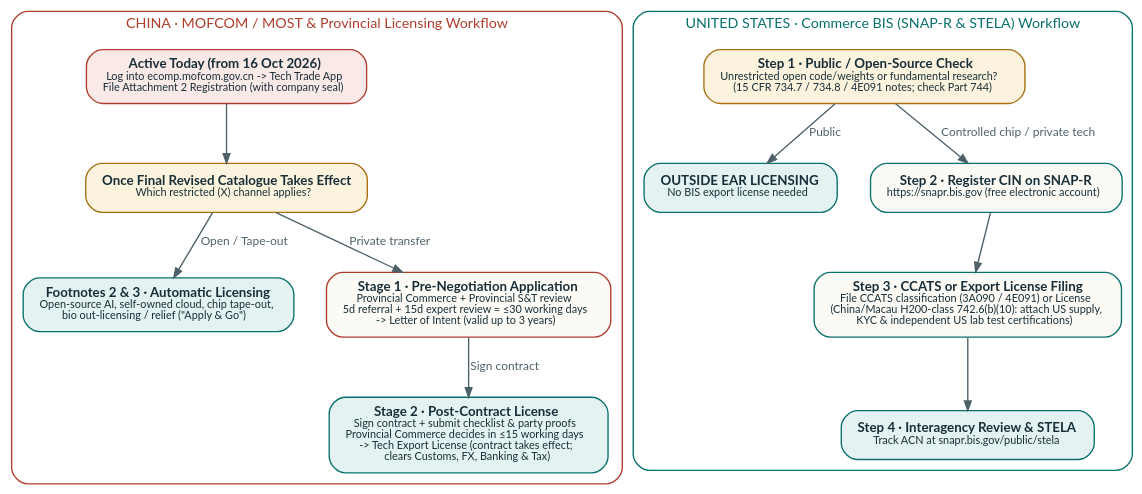
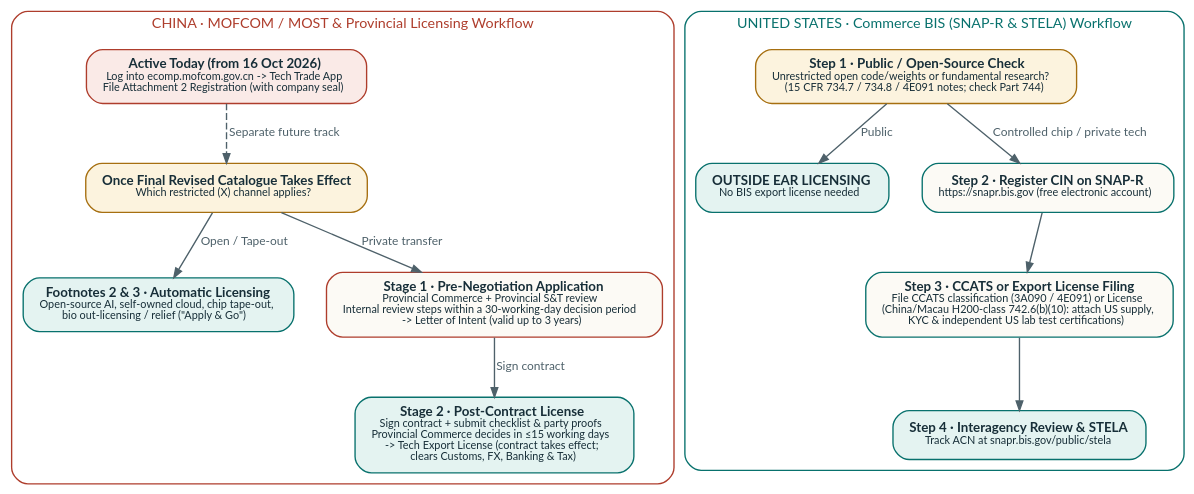
One commit to insanai/aiexportcontrols changed the diagram in book/comparison.rst. Above: the diagram before and after it, drawn with Graphviz. The commit also changed other lines of this file and 104 other files, not shown here.

```diff
--- a/book/comparison.rst
+++ b/book/comparison.rst
@@ -45,61 +45,61 @@
 .. graphviz::
    :class: graphviz-adaptive
    :caption: Official government registration and export-licensing workflows in China (MOFCOM/MOST + Provincial Authorities) and the United States (BIS SNAP-R & STELA).
    :name: fig-flowchart-approval
 
    digraph gov_approval {
      graph [rankdir=TB, bgcolor="transparent", pad="0.24", nodesep="0.34", ranksep="0.46",
             fontname="Lato, Noto Serif CJK SC, Noto Serif CJK JP, Noto Serif CJK KR, Noto Serif Devanagari, sans-serif"];
      node [shape=box, style="rounded,filled", fillcolor="#fcfaf5", color="#08716d",
            fontname="Lato, Noto Serif CJK SC, Noto Serif CJK JP, Noto Serif CJK KR, Noto Serif Devanagari, sans-serif",
            fontcolor="#172e38", fontsize=9.8, margin="0.16,0.10"];
      edge [color="#4e616a", fontname="Lato, Noto Serif CJK SC, Noto Serif CJK JP, Noto Serif CJK KR, Noto Serif Devanagari, sans-serif",
            fontcolor="#4e616a", fontsize=8.8, arrowsize=0.7];
 
      subgraph cluster_cn {
        label="CHINA · MOFCOM / MOST & Provincial Licensing Workflow";
        fontsize=10.5;
        fontcolor="#ae3d2c";
        style="rounded";
        color="#ae3d2c";
 
        cn0 [class="gd-input", fillcolor="#faeae7", color="#ae3d2c",
             label=<<B>Active Today (from 16 Oct 2026)</B><BR/><FONT POINT-SIZE="8.5">Log into ecomp.mofcom.gov.cn -&gt; Tech Trade App<BR/>File Attachment 2 Registration (with company seal)</FONT>>];
        cn_route [class="gd-choice", fillcolor="#fcf3de", color="#a66f10",
                  label=<<B>Once Final Revised Catalogue Takes Effect</B><BR/><FONT POINT-SIZE="8.5">Which restricted (X) channel applies?</FONT>>];
        cn_fast [class="gd-output", fillcolor="#e4f3f1", color="#08716d",
                 label=<<B>Footnotes 2 &amp; 3 · Automatic Licensing</B><BR/><FONT POINT-SIZE="8.5">Open-source AI, self-owned cloud, chip tape-out,<BR/>bio out-licensing / relief (&quot;Apply &amp; Go&quot;)</FONT>>];
        cn_s1 [class="gd-input", fillcolor="#fcfaf5", color="#ae3d2c",
-              label=<<B>Stage 1 · Pre-Negotiation Application</B><BR/><FONT POINT-SIZE="8.5">Provincial Commerce + Provincial S&amp;T review<BR/>5d referral + 15d expert review = &le;30 working days<BR/>-&gt; Letter of Intent (valid up to 3 years)</FONT>>];
+              label=<<B>Stage 1 · Pre-Negotiation Application</B><BR/><FONT POINT-SIZE="8.5">Provincial Commerce + Provincial S&amp;T review<BR/>Internal review steps within a 30-working-day decision period<BR/>-&gt; Letter of Intent (valid up to 3 years)</FONT>>];
        cn_s2 [class="gd-output", fillcolor="#e4f3f1", color="#08716d",
               label=<<B>Stage 2 · Post-Contract License</B><BR/><FONT POINT-SIZE="8.5">Sign contract + submit checklist &amp; party proofs<BR/>Provincial Commerce decides in &le;15 working days<BR/>-&gt; Tech Export License (contract takes effect;<BR/>clears Customs, FX, Banking &amp; Tax)</FONT>>];
 
-       cn0 -> cn_route;
+       cn0 -> cn_route [style=dashed, label=" Separate future track"];
        cn_route -> cn_fast [label=" Open / Tape-out"];
        cn_route -> cn_s1 [label=" Private transfer"];
        cn_s1 -> cn_s2 [label=" Sign contract"];
      }
 
      subgraph cluster_us {
        label="UNITED STATES · Commerce BIS (SNAP-R & STELA) Workflow";
        fontsize=10.5;
        fontcolor="#08716d";
        style="rounded";
        color="#08716d";
 
        us1 [class="gd-choice", fillcolor="#fcf3de", color="#a66f10",
             label=<<B>Step 1 · Public / Open-Source Check</B><BR/><FONT POINT-SIZE="8.5">Unrestricted open code/weights or fundamental research?<BR/>(15 CFR 734.7 / 734.8 / 4E091 notes; check Part 744)</FONT>>];
        us_free [class="gd-output", fillcolor="#e4f3f1", color="#08716d",
                 label=<<B>OUTSIDE EAR LICENSING</B><BR/><FONT POINT-SIZE="8.5">No BIS export license needed</FONT>>];
        us2 [class="gd-input", fillcolor="#fcfaf5", color="#08716d",
             label=<<B>Step 2 · Register CIN on SNAP-R</B><BR/><FONT POINT-SIZE="8.5">https://snapr.bis.gov (free electronic account)</FONT>>];
        us3 [class="gd-input", fillcolor="#fcfaf5", color="#08716d",
             label=<<B>Step 3 · CCATS or Export License Filing</B><BR/><FONT POINT-SIZE="8.5">File CCATS classification (3A090 / 4E091) or License<BR/>(China/Macau H200-class 742.6(b)(10): attach US supply,<BR/>KYC &amp; independent US lab test certifications)</FONT>>];
        us4 [class="gd-output", fillcolor="#e4f3f1", color="#08716d",
             label=<<B>Step 4 · Interagency Review &amp; STELA</B><BR/><FONT POINT-SIZE="8.5">Track ACN at snapr.bis.gov/public/stela</FONT>>];
 
        us1 -> us_free [label=" Public"];
        us1 -> us2 [label=" Controlled chip / private tech"];
        us2 -> us3 -> us4;
      }
    }
```
